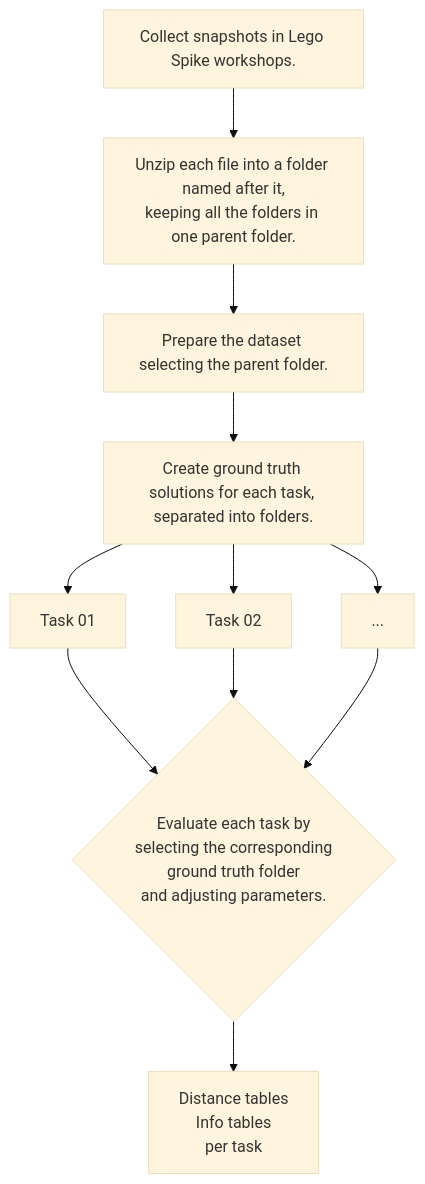
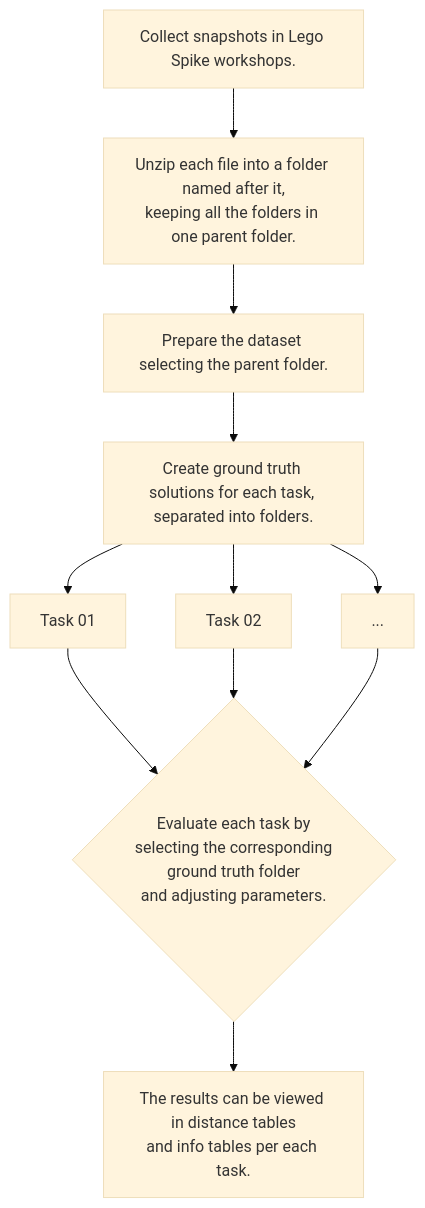
The diagram in README.md (marinmrcela/spike-auto-assessment), drawn with Mermaid (base theme) before and after one commit.

````diff
--- a/README.md
+++ b/README.md
@@ -26,15 +26,15 @@
 ```mermaid
 graph TD
     A[Collect snapshots in Lego Spike workshops.] 
     A --> B[Unzip each file into a folder named after it,<br />keeping all the folders in one parent folder.]
     B --> C[Prepare the dataset selecting the parent folder.]
     C --> D[Create ground truth solutions for each task, separated into folders.]
     D --> E[Task 01]
     D --> F[Task 02]
     D --> G[...]
     H{Evaluate each task by<br />selecting the corresponding<br />ground truth folder<br />and adjusting parameters.}
     E --> H
     F --> H
     G --> H
-    H --> I[Distance tables<br />Info tables<br />per task]
+    H --> I[The results can be viewed in distance tables<br />and info tables per each task.]
 ```
````
